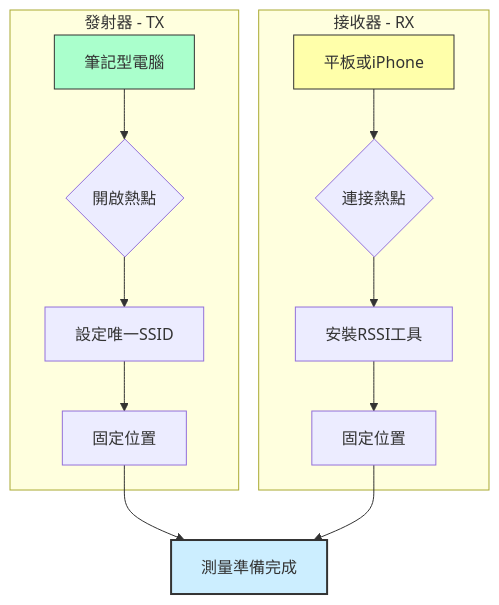
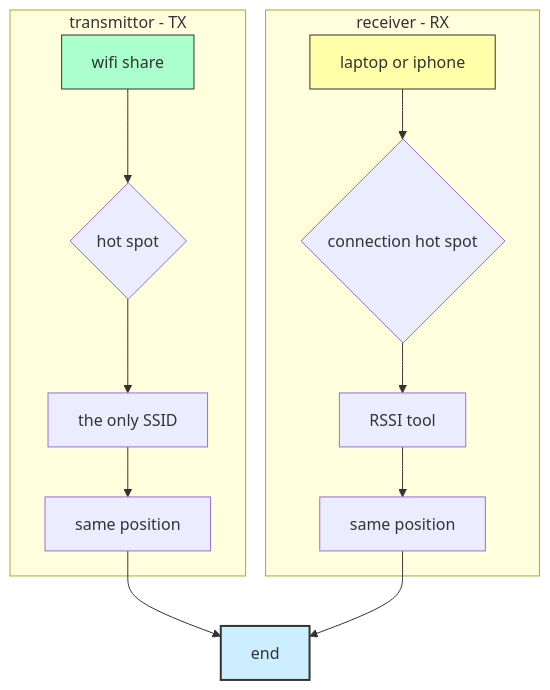
The diagram in JCAS/Wireless Sensing for Human Activity.md (Karlyoo/intern), drawn with Mermaid before and after one commit. The commit also changed other lines of this file, not shown here.

Commit message:
Update terminology and comments in documentation

````diff
--- a/JCAS/Wireless Sensing for Human Activity.md
+++ b/JCAS/Wireless Sensing for Human Activity.md
@@ -30,21 +30,21 @@
 ```mermaid
 graph TD
-    subgraph TX_SETUP[發射器 - TX]
-        A[筆記型電腦] --> B{開啟熱點}
-        B --> C[設定唯一SSID]
-        C --> D[固定位置]
+    subgraph TX_SETUP[transmittor - TX]
+        A[wifi share] --> B{hot spot}
+        B --> C[the only SSID]
+        C --> D[same position]
     end
 
-    subgraph RX_SETUP[接收器 - RX]
-        E[平板或iPhone] --> F{連接熱點}
-        F --> G[安裝RSSI工具]
-        G --> H[固定位置]
+    subgraph RX_SETUP[receiver - RX]
+        E[laptop or iphone] --> F{connection hot spot}
+        F --> G[RSSI tool]
+        G --> H[same position]
     end
 
-    D --> K[測量準備完成]
+    D --> K[end]
     H --> K
 
     style A fill:#aaffcc,stroke:#333
     style E fill:#ffffaa,stroke:#333
     style K fill:#cceeff,stroke:#333,stroke-width:2px
 ```
````
